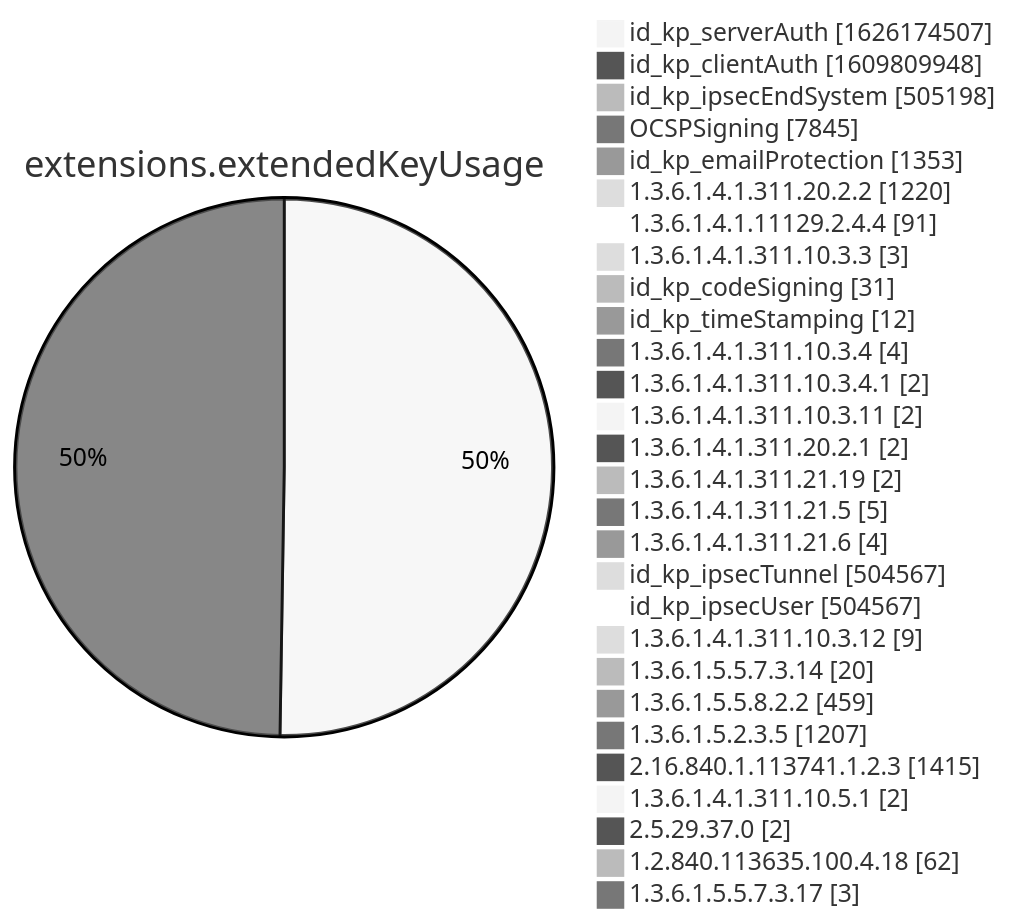
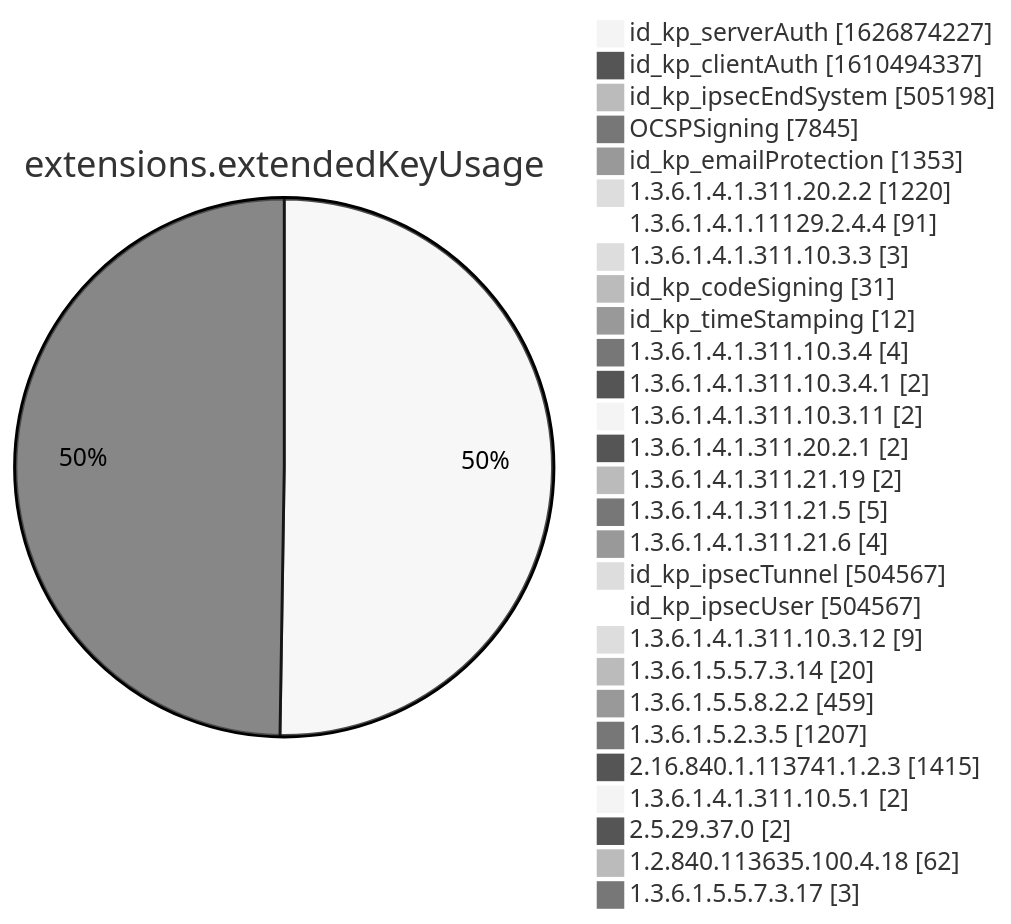
One commit to christiankrug/ctmonitor_visualization changed diagram 12 of 15 in xenon2022/README.md. Above: the diagram before and after it, drawn with Mermaid (neutral theme). The commit also changed other lines of this file, not shown here.

````diff
--- a/xenon2022/README.md
+++ b/xenon2022/README.md
@@ -3886,32 +3886,32 @@
 ```mermaid
 pie showData
 title extensions.extendedKeyUsage
-"id_kp_serverAuth" :1626174507
-"id_kp_clientAuth" :1609809948
+"id_kp_serverAuth" :1626874227
+"id_kp_clientAuth" :1610494337
 "id_kp_ipsecEndSystem" :505198
 "OCSPSigning" :7845
 "id_kp_emailProtection" :1353
 "1.3.6.1.4.1.311.20.2.2" :1220
 "1.3.6.1.4.1.11129.2.4.4" :91
 "1.3.6.1.4.1.311.10.3.3" :3
 "id_kp_codeSigning" :31
 "id_kp_timeStamping" :12
 "1.3.6.1.4.1.311.10.3.4" :4
 "1.3.6.1.4.1.311.10.3.4.1" :2
 "1.3.6.1.4.1.311.10.3.11" :2
 "1.3.6.1.4.1.311.20.2.1" :2
 "1.3.6.1.4.1.311.21.19" :2
 "1.3.6.1.4.1.311.21.5" :5
 "1.3.6.1.4.1.311.21.6" :4
 "id_kp_ipsecTunnel" :504567
 "id_kp_ipsecUser" :504567
 "1.3.6.1.4.1.311.10.3.12" :9
 "1.3.6.1.5.5.7.3.14" :20
 "1.3.6.1.5.5.8.2.2" :459
 "1.3.6.1.5.2.3.5" :1207
 "2.16.840.1.113741.1.2.3" :1415
 "1.3.6.1.4.1.311.10.5.1" :2
 "2.5.29.37.0" :2
 "1.2.840.113635.100.4.18" :62
 "1.3.6.1.5.5.7.3.17" :3
 ```
````
